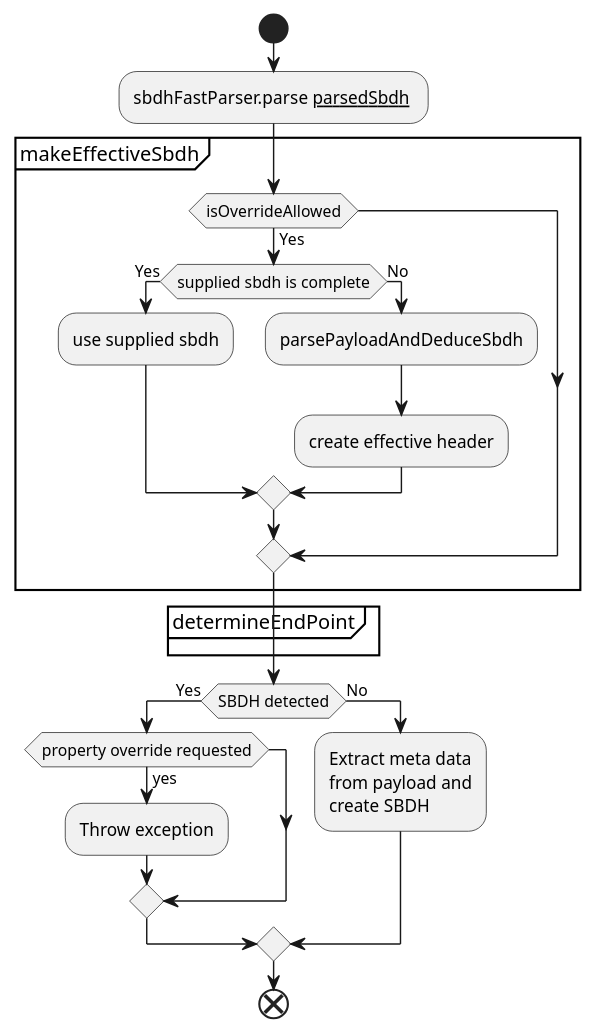
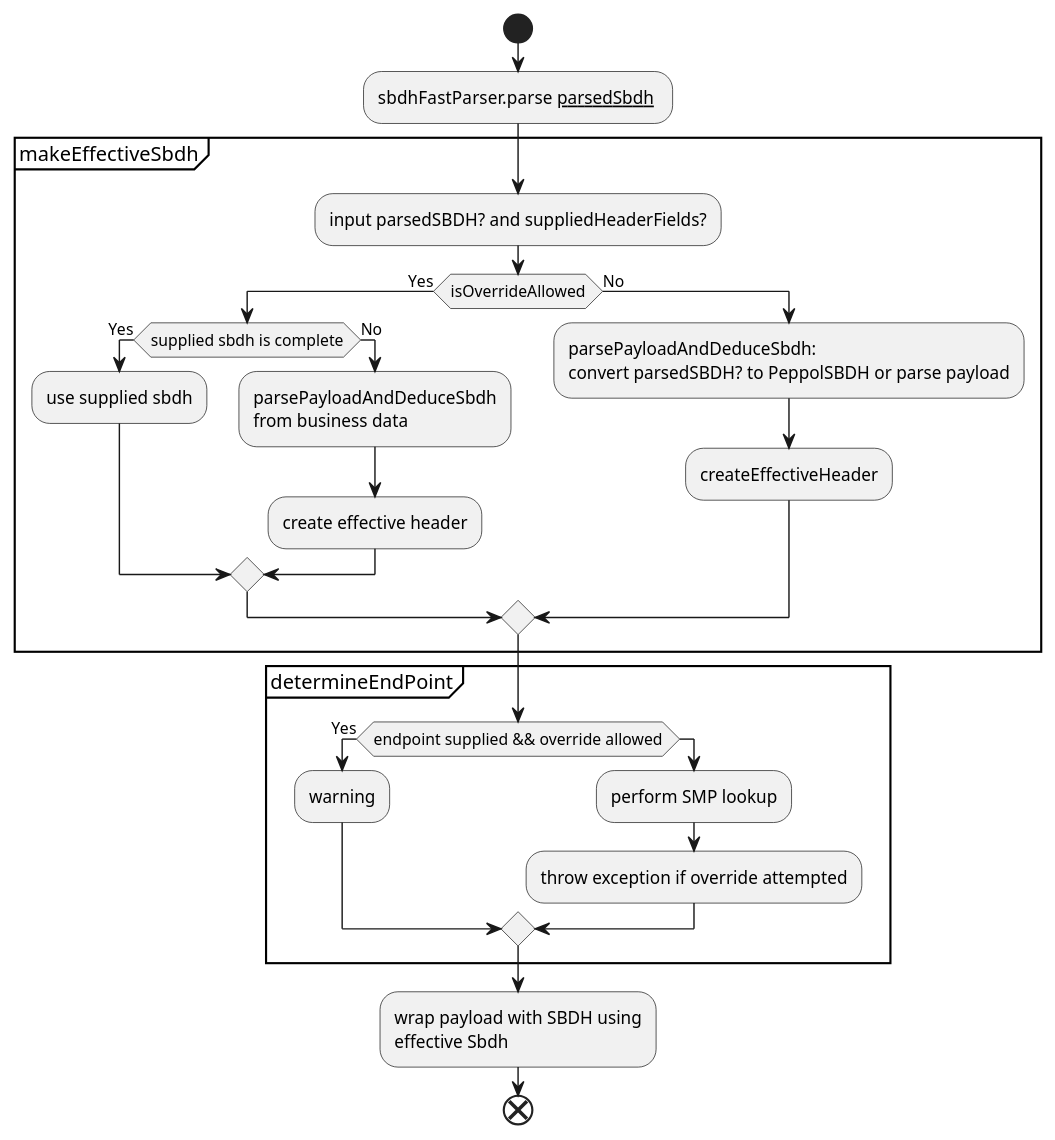
One commit to OxalisCommunity/oxalis changed the diagram in doc/sbdhparsing.puml. Above: the diagram before and after it, drawn with PlantUML. The commit also changed 1 other file, not shown here.

```diff
--- a/doc/sbdhparsing.puml
+++ b/doc/sbdhparsing.puml
@@ -1,31 +1,35 @@
 @startuml
 start
 :sbdhFastParser.parse __parsedSbdh__ ;
 
 partition makeEffectiveSbdh {
+    :input parsedSBDH? and suppliedHeaderFields?;
     if (isOverrideAllowed) then (Yes)
         if (supplied sbdh is complete) then (Yes)
             :use supplied sbdh;
         else (No)
-            :parsePayloadAndDeduceSbdh;
+            :parsePayloadAndDeduceSbdh
+            from business data;
             :create effective header;
         endif
+    else (No)
+        :parsePayloadAndDeduceSbdh:
+        convert parsedSBDH? to PeppolSBDH or parse payload;
+        :createEffectiveHeader;
     endif
 }
 
 partition determineEndPoint {
+    if (endpoint supplied && override allowed) then (Yes)
+        :warning;
+    else
+        :perform SMP lookup;
+        :throw exception if override attempted;
+    endif
 }
 
-if (SBDH detected) then (Yes)
-    if (property override requested) then (yes)
-        :Throw exception;
-    endif
-else (No)
-    :Extract meta data
-    from payload and
-    create SBDH;
-endif
-
+:wrap payload with SBDH using
+effective Sbdh;
 
 end
 @enduml
```
